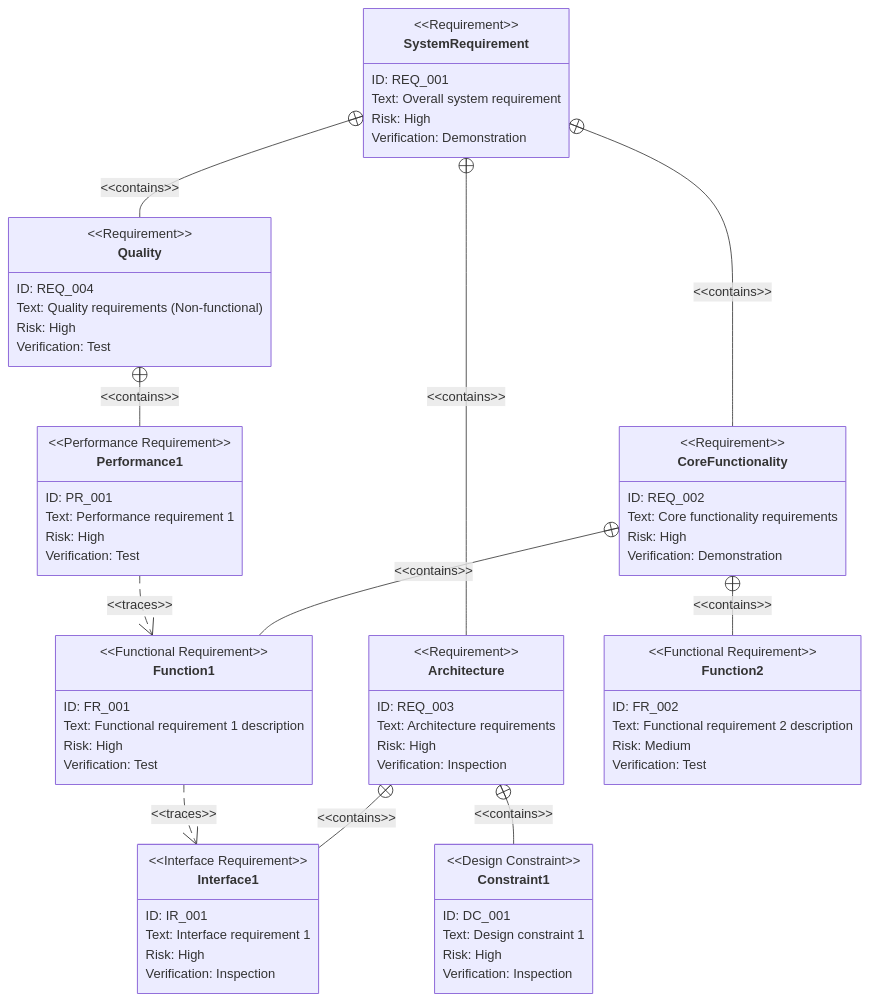
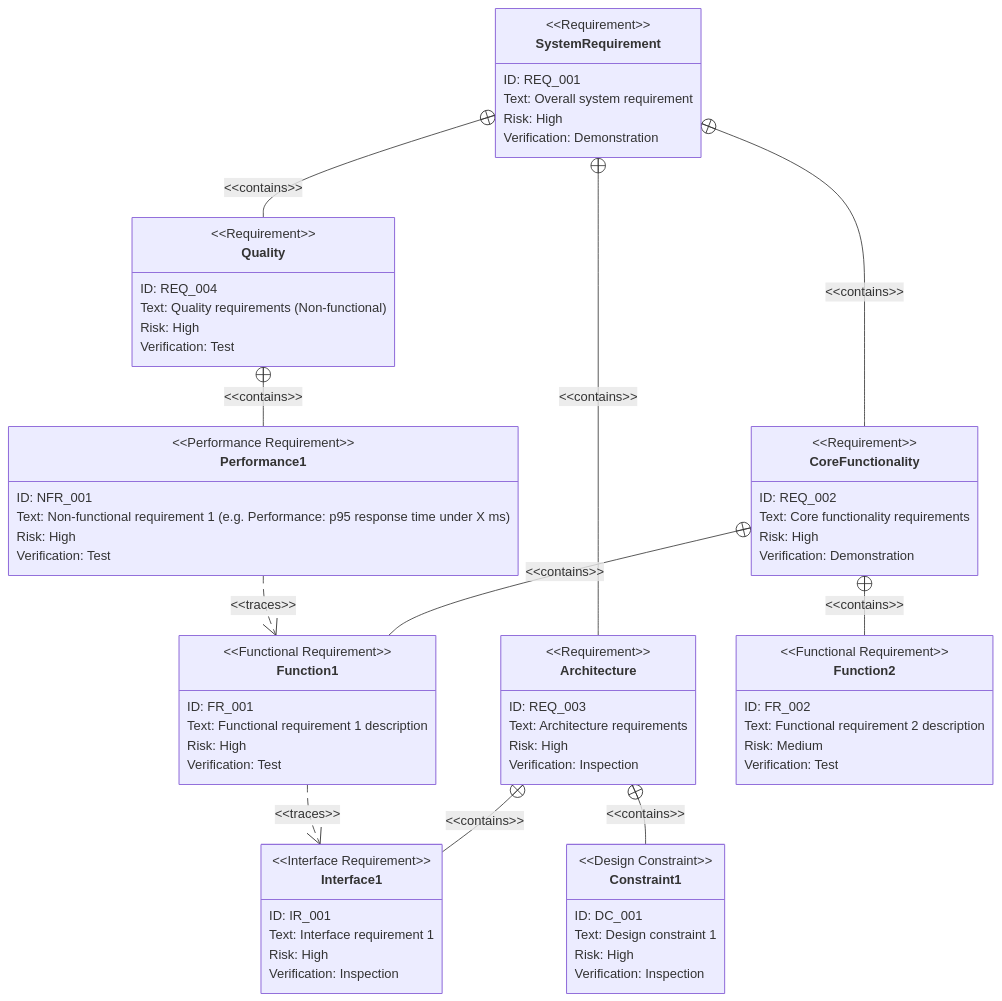
The third of 4 diagrams in plugins/sdd-workflow/skills/generate-prd/templates/en/prd_template.md (ToshikiImagawa/ai-sdd-workflow-dev), drawn with Mermaid before and after one commit. The commit also changed other lines of this file and 21 other files, not shown here.

````diff
--- a/plugins/sdd-workflow/skills/generate-prd/templates/en/prd_template.md
+++ b/plugins/sdd-workflow/skills/generate-prd/templates/en/prd_template.md
@@ -138,76 +138,76 @@
 ```mermaid
 requirementDiagram
     requirement SystemRequirement {
         id: REQ_001
         text: "Overall system requirement"
         risk: high
         verifymethod: demonstration
     }
 
     requirement CoreFunctionality {
         id: REQ_002
         text: "Core functionality requirements"
         risk: high
         verifymethod: demonstration
     }
 
     requirement Architecture {
         id: REQ_003
         text: "Architecture requirements"
         risk: high
         verifymethod: inspection
     }
 
     requirement Quality {
         id: REQ_004
         text: "Quality requirements (Non-functional)"
         risk: high
         verifymethod: test
     }
 
     functionalRequirement Function1 {
         id: FR_001
         text: "Functional requirement 1 description"
         risk: high
         verifymethod: test
     }
 
     functionalRequirement Function2 {
         id: FR_002
         text: "Functional requirement 2 description"
         risk: medium
         verifymethod: test
     }
 
     performanceRequirement Performance1 {
-        id: PR_001
-        text: "Performance requirement 1"
+        id: NFR_001
+        text: "Non-functional requirement 1 (e.g. Performance: p95 response time under X ms)"
         risk: high
         verifymethod: test
     }
 
     interfaceRequirement Interface1 {
         id: IR_001
         text: "Interface requirement 1"
         risk: high
         verifymethod: inspection
     }
 
     designConstraint Constraint1 {
         id: DC_001
         text: "Design constraint 1"
         risk: high
         verifymethod: inspection
     }
 
     SystemRequirement - contains -> CoreFunctionality
     SystemRequirement - contains -> Architecture
     SystemRequirement - contains -> Quality
     CoreFunctionality - contains -> Function1
     CoreFunctionality - contains -> Function2
     Quality - contains -> Performance1
     Architecture - contains -> Interface1
     Architecture - contains -> Constraint1
     Function1 - traces -> Interface1
     Performance1 - traces -> Function1
 ```
````
